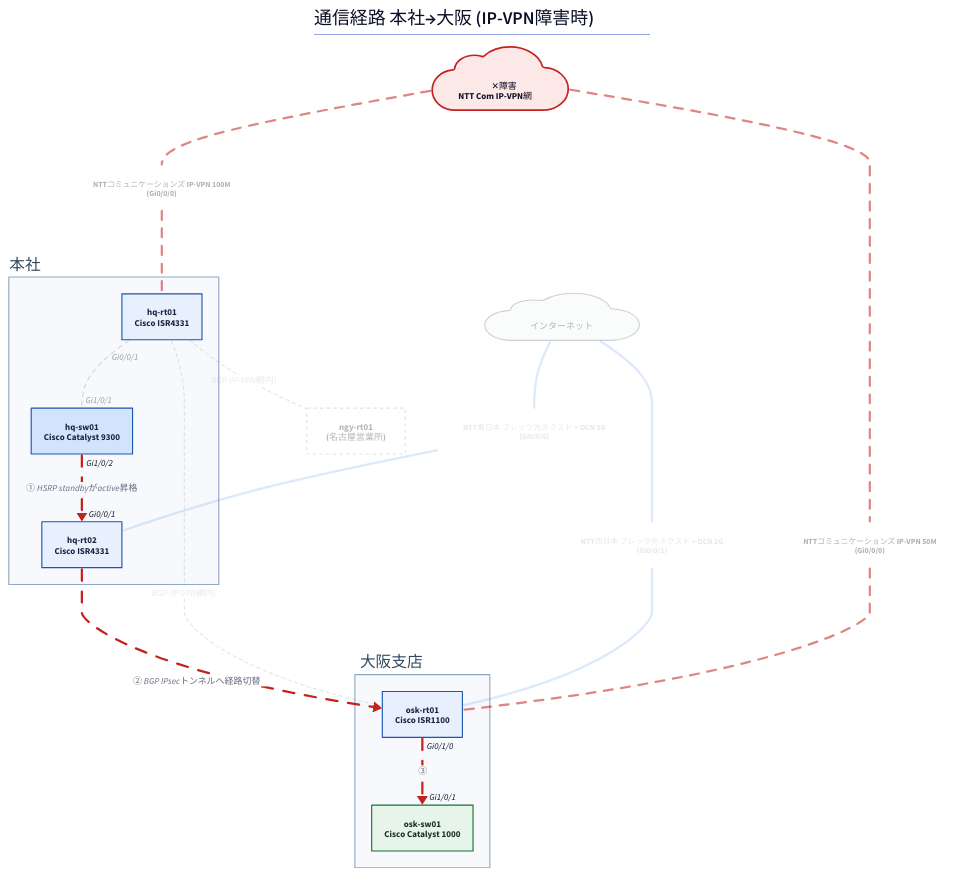
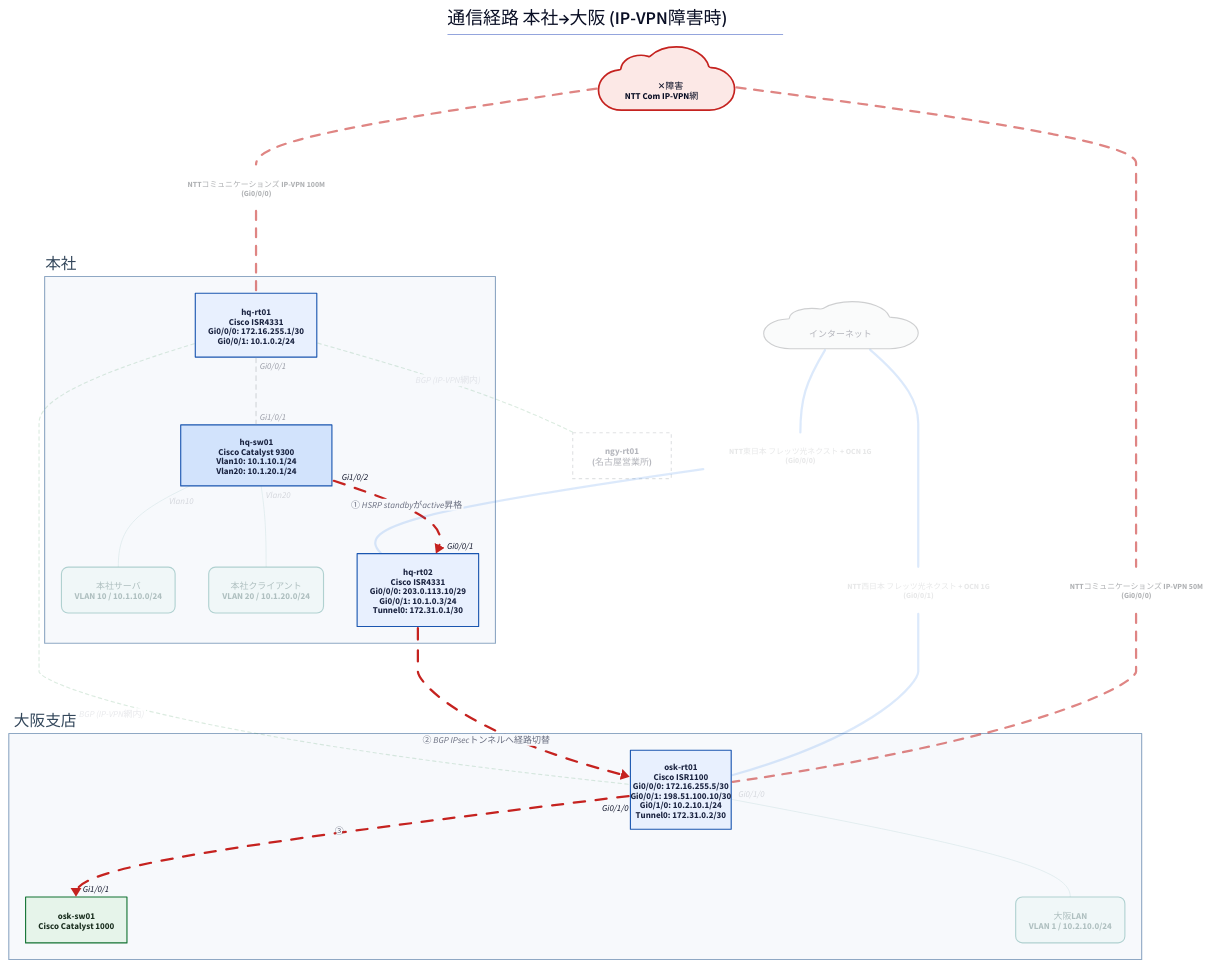
Before and after one commit to thinas1115/nwdsl: the diagram in examples/sample-corp/generated/path-ipvpn-fail.d2, drawn with D2. The commit also changed 26 other files, not shown here.

```diff
--- a/examples/sample-corp/generated/path-ipvpn-fail.d2
+++ b/examples/sample-corp/generated/path-ipvpn-fail.d2
@@ -1,59 +1,67 @@
 title: |md
   # 通信経路 本社→大阪 (IP-VPN障害時)
 | {near: top-center}
 direction: down
 
 classes: {
   role-router: {style.fill: "#e8f0fe"; style.stroke: "#1a56b0"; style.font-color: "#1a2340"}
   role-l3switch: {style.fill: "#d2e3fc"; style.stroke: "#1a56b0"; style.font-color: "#1a2340"}
   role-l2switch: {style.fill: "#e6f4ea"; style.stroke: "#137333"; style.font-color: "#1a2e1f"}
   role-firewall: {style.fill: "#fce8e6"; style.stroke: "#c5221f"; style.font-color: "#3c1a19"}
   role-other: {style.fill: "#f1f3f4"; style.stroke: "#5f6368"; style.font-color: "#202124"}
   node-cloud: {shape: cloud; style.fill: "#f1f3f4"; style.stroke: "#5f6368"}
   node-site: {style.fill: "#fff8e1"; style.stroke: "#b58105"; style.font-color: "#4a3a08"}
+  node-segment: {style.fill: "#e2f5f0"; style.stroke: "#0f766e"; style.font-color: "#0b3d38"; style.border-radius: 12}
   node-external: {style.fill: "#ffffff"; style.stroke: "#9aa0a6"; style.stroke-dash: 3}
   group-site: {style.fill: "#f7f9fc"; style.stroke: "#8fa8c4"; style.font-color: "#33475b"}
   edge-label: {style.fill: "transparent"; style.stroke: "transparent"; style.font-size: 14; style.font-color: "#5f6368"; style.italic: true}
   edge-lan-cable: {style.stroke: "#4a4a4a"; style.stroke-width: 2}
   edge-wan-circuit: {style.stroke: "#1a73e8"; style.stroke-width: 4}
   edge-tunnel: {style.stroke: "#7b1fa2"; style.stroke-width: 2; style.stroke-dash: 5}
   edge-logical: {style.stroke: "#188038"; style.stroke-width: 2; style.stroke-dash: 3}
+  edge-segment: {style.stroke: "#0f766e"; style.stroke-width: 1}
 }
 
 s_hq: "本社" {
   class: group-site
   label.near: outside-top-left
-  n_hq_rt01: "hq-rt01\nCisco ISR4331" {class: role-router}
-  n_hq_sw01: "hq-sw01\nCisco Catalyst 9300" {class: role-l3switch}
-  n_hq_rt02: "hq-rt02\nCisco ISR4331" {class: role-router}
+  n_hq_rt01: "hq-rt01\nCisco ISR4331\nGi0/0/0: 172.16.255.1/30\nGi0/0/1: 10.1.0.2/24" {class: role-router}
+  n_hq_sw01: "hq-sw01\nCisco Catalyst 9300\nVlan10: 10.1.10.1/24\nVlan20: 10.1.20.1/24" {class: role-l3switch; width: 270}
+  n_hq_rt02: "hq-rt02\nCisco ISR4331\nGi0/0/0: 203.0.113.10/29\nGi0/0/1: 10.1.0.3/24\nTunnel0: 172.31.0.1/30" {class: role-router}
+  n_seg__hq_server: "本社サーバ\nVLAN 10 / 10.1.10.0/24" {class: node-segment; style.opacity: 0.3}
+  n_seg__hq_client: "本社クライアント\nVLAN 20 / 10.1.20.0/24" {class: node-segment; style.opacity: 0.3}
 }
 
 s_osk: "大阪支店" {
   class: group-site
   label.near: outside-top-left
-  n_osk_rt01: "osk-rt01\nCisco ISR1100" {class: role-router}
+  n_osk_rt01: "osk-rt01\nCisco ISR1100\nGi0/0/0: 172.16.255.5/30\nGi0/0/1: 198.51.100.10/30\nGi0/1/0: 10.2.10.1/24\nTunnel0: 172.31.0.2/30" {class: role-router; width: 180}
   n_osk_sw01: "osk-sw01\nCisco Catalyst 1000" {class: role-l2switch}
+  n_seg__osk_lan: "大阪LAN\nVLAN 1 / 10.2.10.0/24" {class: node-segment; style.opacity: 0.3}
 }
 
 n_ipvpn: "　✕障害\nNTT Com IP-VPN網　" {class: node-cloud; style.stroke: "#c5221f"; style.fill: "#fce8e6"; style.stroke-width: 3}
 n_internet: "　インターネット　" {class: node-cloud; style.opacity: 0.3}
 n_ngy_rt01: "ngy-rt01\n(名古屋営業所)" {class: node-external; style.opacity: 0.3}
 
 s_hq.n_hq_rt01 -- s_hq.n_hq_sw01 {class: edge-lan-cable; source-arrowhead.label: "Gi0/0/1"; target-arrowhead.label: "Gi1/0/1"; style.stroke: "#9aa0a6"; style.stroke-dash: 4; style.opacity: 0.4}
 s_hq.n_hq_sw01 -> s_hq.n_hq_rt02: "① HSRP standbyがactive昇格" {class: edge-lan-cable; source-arrowhead.label: "Gi1/0/2"; target-arrowhead.label: "Gi0/0/1"; style.stroke: "#c5221f"; style.stroke-width: 4; style.animated: true}
 s_osk.n_osk_rt01 -> s_osk.n_osk_sw01: "③" {class: edge-lan-cable; source-arrowhead.label: "Gi0/1/0"; target-arrowhead.label: "Gi1/0/1"; style.stroke: "#c5221f"; style.stroke-width: 4; style.animated: true}
 lbl_3: "NTTコミュニケーションズ IP-VPN 100M\n(Gi0/0/0)" {class: edge-label; style.opacity: 0.5}
 n_ipvpn -- lbl_3 {class: edge-wan-circuit; style.stroke: "#c5221f"; style.stroke-dash: 4; style.opacity: 0.55}
 lbl_3 -- s_hq.n_hq_rt01 {class: edge-wan-circuit; style.stroke: "#c5221f"; style.stroke-dash: 4; style.opacity: 0.55}
 lbl_4: "NTTコミュニケーションズ IP-VPN 50M\n(Gi0/0/0)" {class: edge-label; style.opacity: 0.5}
 n_ipvpn -- lbl_4 {class: edge-wan-circuit; style.stroke: "#c5221f"; style.stroke-dash: 4; style.opacity: 0.55}
 lbl_4 -- s_osk.n_osk_rt01 {class: edge-wan-circuit; style.stroke: "#c5221f"; style.stroke-dash: 4; style.opacity: 0.55}
 lbl_5: "NTT東日本 フレッツ光ネクスト + OCN 1G\n(Gi0/0/0)" {class: edge-label; style.opacity: 0.15}
 n_internet -- lbl_5 {class: edge-wan-circuit; style.opacity: 0.15}
 lbl_5 -- s_hq.n_hq_rt02 {class: edge-wan-circuit; style.opacity: 0.15}
 lbl_6: "NTT西日本 フレッツ光ネクスト + OCN 1G\n(Gi0/0/1)" {class: edge-label; style.opacity: 0.15}
 n_internet -- lbl_6 {class: edge-wan-circuit; style.opacity: 0.15}
 lbl_6 -- s_osk.n_osk_rt01 {class: edge-wan-circuit; style.opacity: 0.15}
 s_hq.n_hq_rt02 -> s_osk.n_osk_rt01: "② BGP IPsecトンネルへ経路切替" {class: edge-tunnel; style.stroke: "#c5221f"; style.stroke-width: 4; style.animated: true}
 s_hq.n_hq_rt01 -- s_osk.n_osk_rt01: "BGP (IP-VPN網内)" {class: edge-logical; style.opacity: 0.15}
 s_hq.n_hq_rt01 -- n_ngy_rt01: "BGP (IP-VPN網内)" {class: edge-logical; style.opacity: 0.15}
+s_hq.n_hq_sw01 -- s_hq.n_seg__hq_server {class: edge-segment; source-arrowhead.label: "Vlan10"; style.opacity: 0.15}
+s_hq.n_hq_sw01 -- s_hq.n_seg__hq_client {class: edge-segment; source-arrowhead.label: "Vlan20"; style.opacity: 0.15}
+s_osk.n_osk_rt01 -- s_osk.n_seg__osk_lan {class: edge-segment; source-arrowhead.label: "Gi0/1/0"; style.opacity: 0.15}
```
